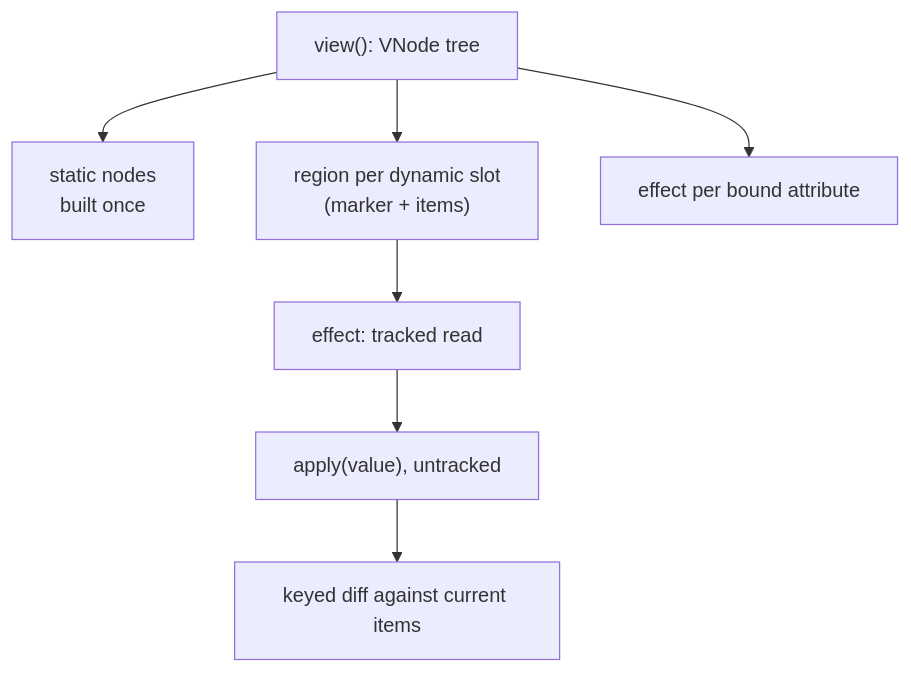
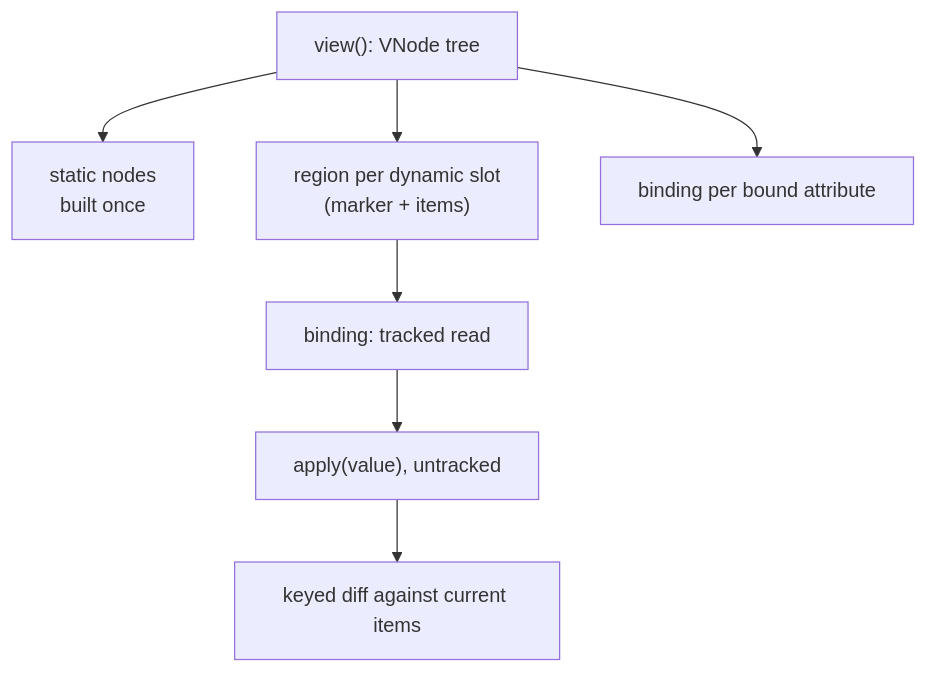
The diagram in docs/internals/dom.md (twfarland/nonchalant), drawn with Mermaid before and after one commit. The commit also changed other lines of this file and 4 other files, not shown here.

````diff
--- a/docs/internals/dom.md
+++ b/docs/internals/dom.md
@@ -28,8 +29,8 @@
 ```mermaid
 flowchart TD
     V["view(): VNode tree"] --> S["static nodes<br/>built once"]
     V --> R["region per dynamic slot<br/>(marker + items)"]
-    V --> B["effect per bound attribute"]
-    R --> E["effect: tracked read"] --> A["apply(value), untracked"]
+    V --> B["binding per bound attribute"]
+    R --> E["binding: tracked read"] --> A["apply(value), untracked"]
     A --> K["keyed diff against current items"]
 ```
````
